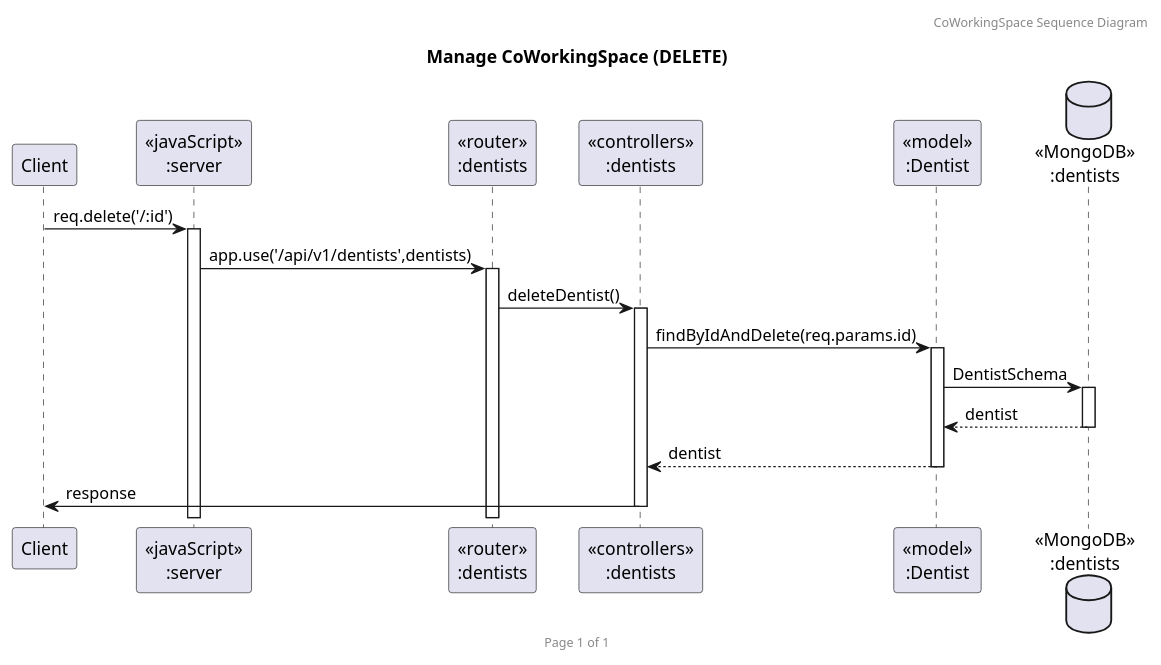
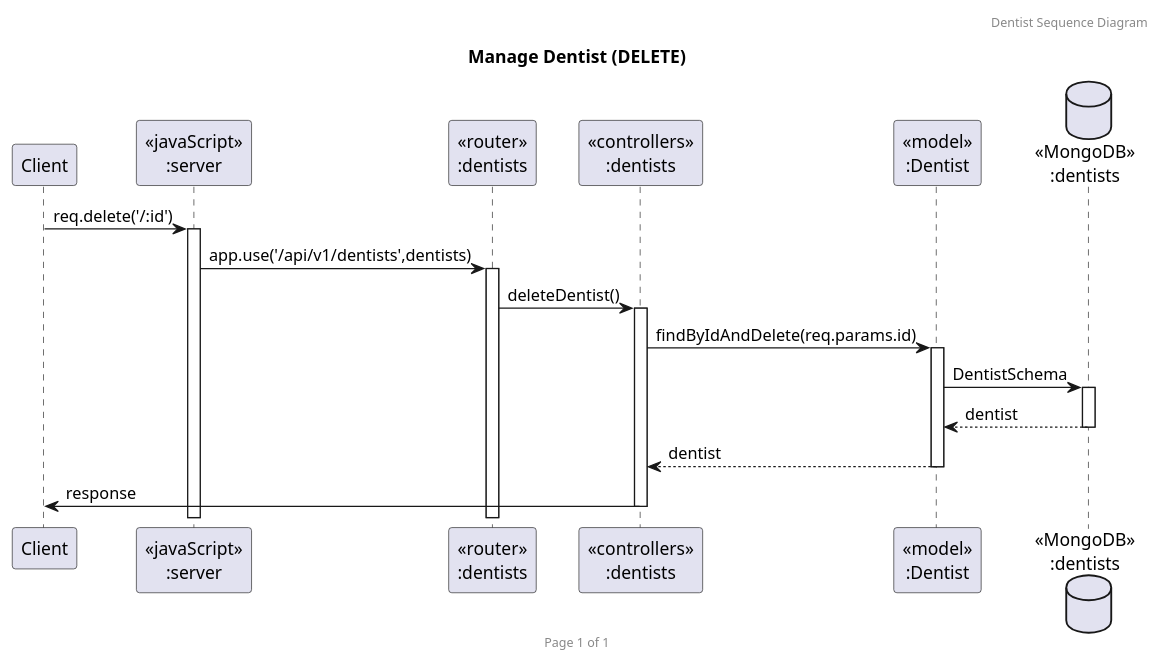
One commit to 2110503TACEDT66/presentation-day-1-privacy changed the diagram in SequenceDiagram/dentdelete.puml. Above: the diagram before and after it, drawn with PlantUML. The commit also changed 10 other files, not shown here.

```diff
--- a/SequenceDiagram/dentdelete.puml
+++ b/SequenceDiagram/dentdelete.puml
@@ -1,23 +1,23 @@
-@startuml Manage CoWorkingSpace (DELETE)
+@startuml Manage Dentist (DELETE)
 
-header CoWorkingSpace Sequence Diagram
+header Dentist Sequence Diagram
 footer Page %page% of %lastpage%
-title "Manage CoWorkingSpace (DELETE)"
+title "Manage Dentist (DELETE)"
 
 participant "Client" as client
 participant "<<javaScript>>\n:server" as server
 participant "<<router>>\n:dentists" as routerDentists
 participant "<<controllers>>\n:dentists" as controllersDentists
 participant "<<model>>\n:Dentist" as modelDentists
 database "<<MongoDB>>\n:dentists" as DentistsDatabase
 
 client->server ++:req.delete('/:id')
 server->routerDentists ++:app.use('/api/v1/dentists',dentists)
 routerDentists -> controllersDentists ++:deleteDentist()
 controllersDentists->modelDentists ++:findByIdAndDelete(req.params.id)
 modelDentists ->DentistsDatabase ++:DentistSchema
 DentistsDatabase --> modelDentists --:dentist
 controllersDentists <-- modelDentists --:dentist
 controllersDentists->client --:response
 
 @enduml
```
